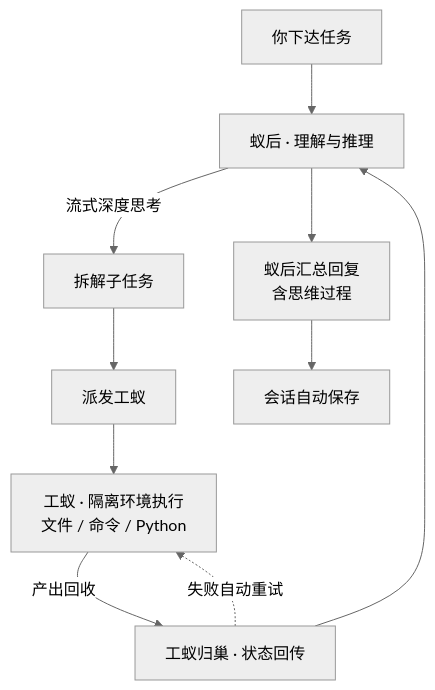
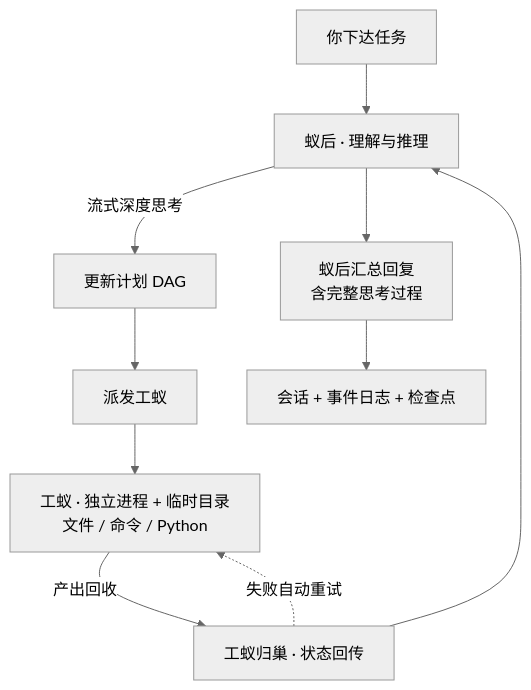
One commit to llxpy/AntNest changed the diagram in README.md. Above: the diagram before and after it, drawn with Mermaid (neutral theme). The commit also changed other lines of this file and 2 other files, not shown here.

````diff
--- a/README.md
+++ b/README.md
@@ -49,12 +70,12 @@
 ```mermaid
 flowchart TD
     A[你下达任务] --> B[蚁后 · 理解与推理]
-    B -->|流式深度思考| C[拆解子任务]
+    B -->|流式深度思考| C[更新计划 DAG]
     C --> D[派发工蚁]
-    D --> E[工蚁 · 隔离环境执行<br/>文件 / 命令 / Python]
+    D --> E[工蚁 · 独立进程 + 临时目录<br/>文件 / 命令 / Python]
     E -->|产出回收| F[工蚁归巢 · 状态回传]
     F --> B
     F -.失败自动重试.-> E
-    B --> G[蚁后汇总回复<br/>含思维过程]
-    G --> H[会话自动保存]
+    B --> G[蚁后汇总回复<br/>含完整思考过程]
+    G --> H[会话 + 事件日志 + 检查点]
 ```
````
